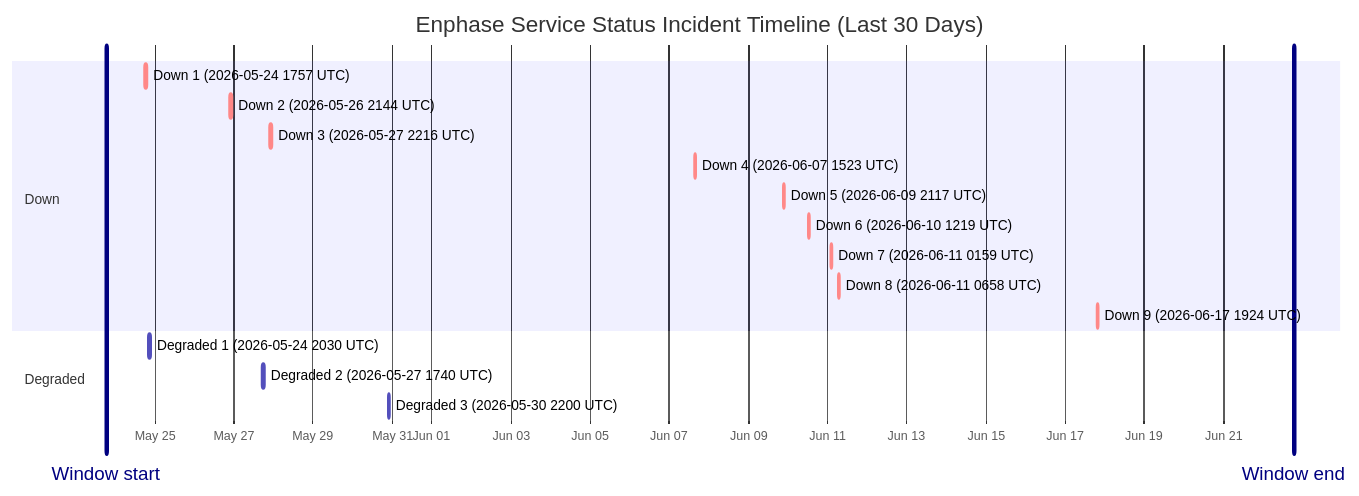
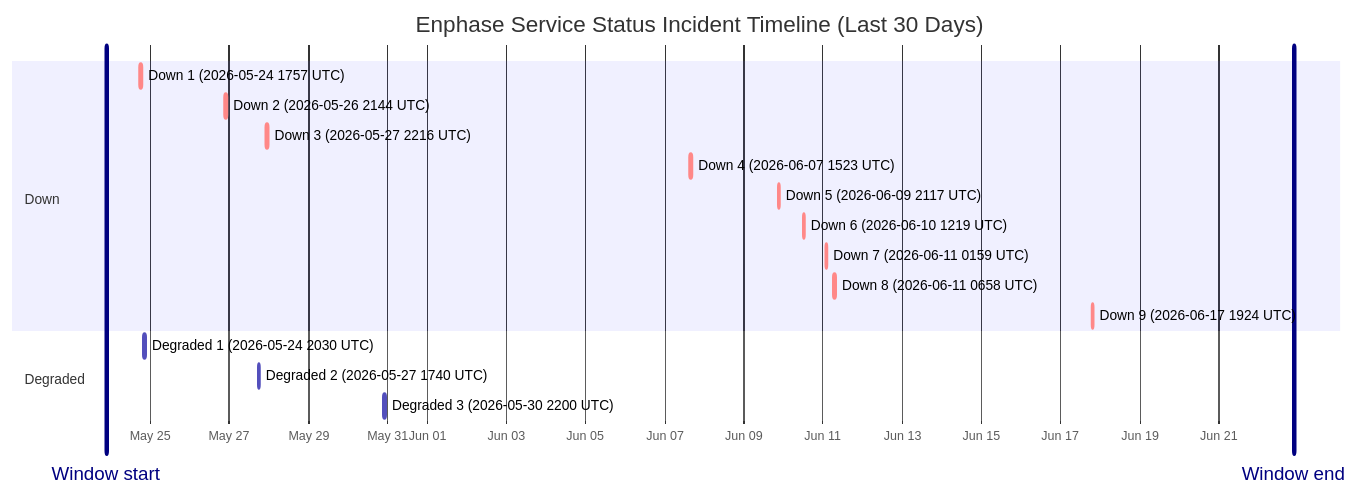
One commit to barneyonline/ha-enphase-energy changed the diagram in wiki/Service-Status-History.md. Above: the diagram before and after it, drawn with Mermaid. The commit also changed other lines of this file and 3 other files, not shown here.

````diff
--- a/wiki/Service-Status-History.md
+++ b/wiki/Service-Status-History.md
@@ -14,22 +14,22 @@
 ```mermaid
 gantt
     title Enphase Service Status Incident Timeline (Last 30 Days)
     dateFormat  YYYY-MM-DDTHH:mm:ss
     axisFormat  %b %d
-    Window start :vert, window-start, 2026-05-23T18:45:10, 0ms
-    Window end :vert, window-end, 2026-06-22T18:45:10, 0ms
+    Window start :vert, window-start, 2026-05-23T21:30:43, 0ms
+    Window end :vert, window-end, 2026-06-22T21:30:43, 0ms
     section Down
     Down 1 (2026-05-24 1757 UTC) :crit, down-1, 2026-05-24T17:57:41, 86m
     Down 2 (2026-05-26 2144 UTC) :crit, down-2, 2026-05-26T21:44:11, 85m
     Down 3 (2026-05-27 2216 UTC) :crit, down-3, 2026-05-27T22:16:53, 87m
     Down 4 (2026-06-07 1523 UTC) :crit, down-4, 2026-06-07T15:23:22, 87m
     Down 5 (2026-06-09 2117 UTC) :crit, down-5, 2026-06-09T21:17:17, 60m
     Down 6 (2026-06-10 1219 UTC) :crit, down-6, 2026-06-10T12:19:21, 60m
     Down 7 (2026-06-11 0159 UTC) :crit, down-7, 2026-06-11T01:59:36, 60m
     Down 8 (2026-06-11 0658 UTC) :crit, down-8, 2026-06-11T06:58:45, 60m
     Down 9 (2026-06-17 1924 UTC) :crit, down-9, 2026-06-17T19:24:51, 60m
     section Degraded
     Degraded 1 (2026-05-24 2030 UTC) :active, degraded-1, 2026-05-24T20:30:57, 84m
     Degraded 2 (2026-05-27 1740 UTC) :active, degraded-2, 2026-05-27T17:40:52, 60m
     Degraded 3 (2026-05-30 2200 UTC) :active, degraded-3, 2026-05-30T22:00:37, 60m
 ```
````
